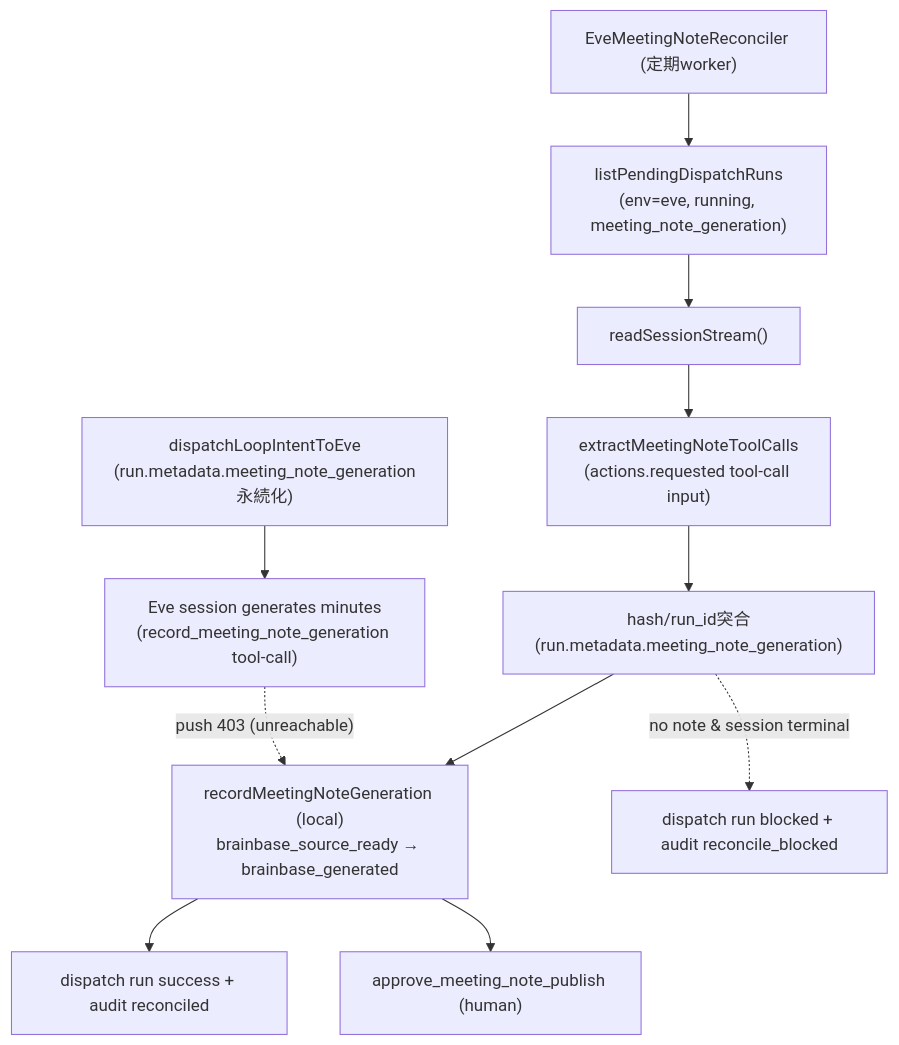
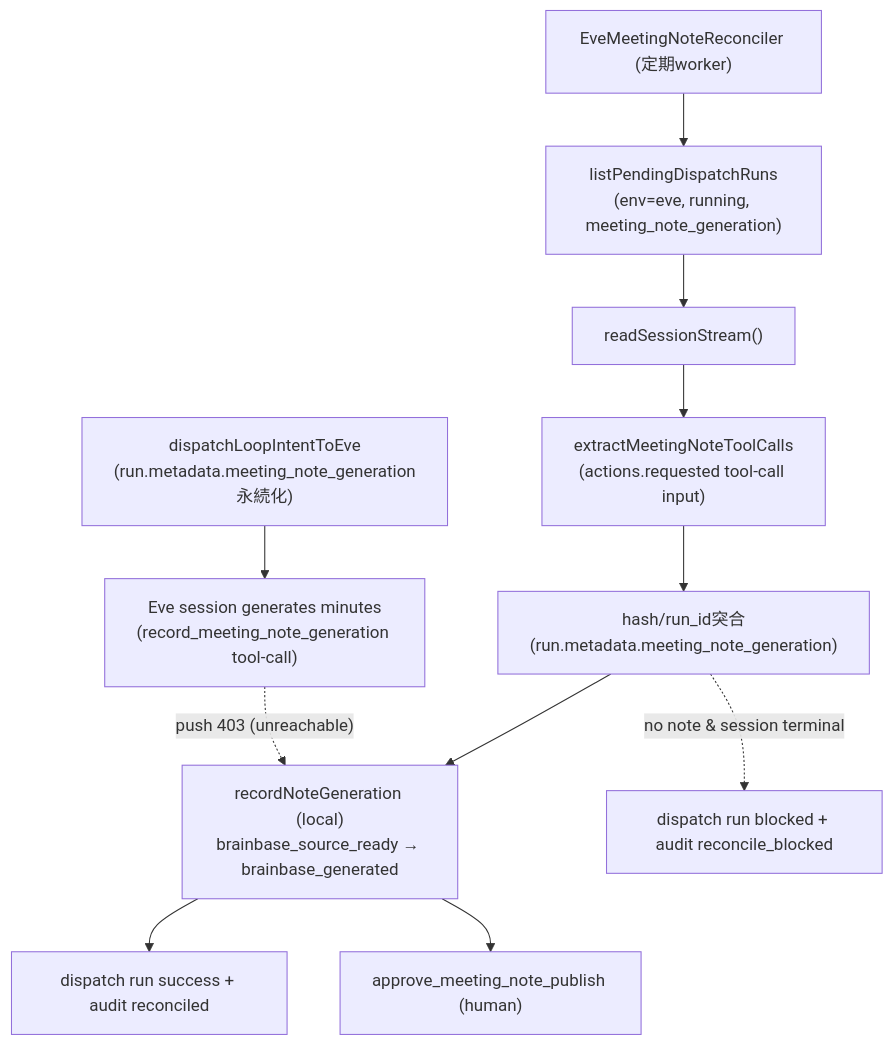
Before and after one commit to Unson-LLC/brainbase: the diagram in docs/stories/story-eve-meeting-note-pull-reconciler.md, drawn with Mermaid. The commit also changed other lines of this file and 17 other files, not shown here.

````diff
--- a/docs/stories/story-eve-meeting-note-pull-reconciler.md
+++ b/docs/stories/story-eve-meeting-note-pull-reconciler.md
@@ -38,13 +38,13 @@
 ```mermaid
 flowchart TD
   dispatch["dispatchLoopIntentToEve\n(run.metadata.meeting_note_generation永続化)"] --> eve["Eve session generates minutes\n(record_meeting_note_generation tool-call)"]
   eve -.push 403 (unreachable).-> writeback
   reconciler["EveMeetingNoteReconciler (定期worker)"] --> list["listPendingDispatchRuns\n(env=eve, running, meeting_note_generation)"]
   list --> stream["readSessionStream()"]
   stream --> extract["extractMeetingNoteToolCalls\n(actions.requested tool-call input)"]
   extract --> verify["hash/run_id突合\n(run.metadata.meeting_note_generation)"]
-  verify --> writeback["recordMeetingNoteGeneration (local)\nbrainbase_source_ready → brainbase_generated"]
+  verify --> writeback["recordNoteGeneration (local)\nbrainbase_source_ready → brainbase_generated"]
   writeback --> close["dispatch run success + audit reconciled"]
   verify -.no note & session terminal.-> blocked["dispatch run blocked + audit reconcile_blocked"]
   writeback --> approval["approve_meeting_note_publish (human)"]
 ```
````
